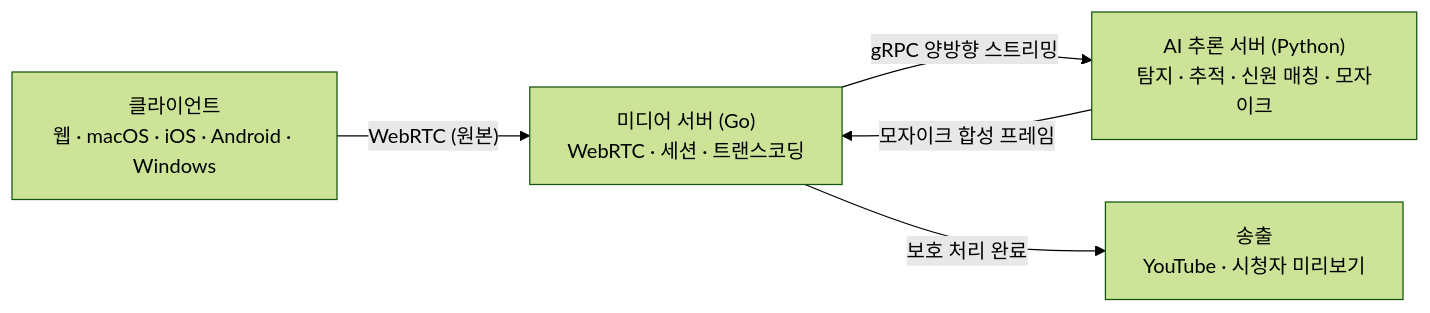
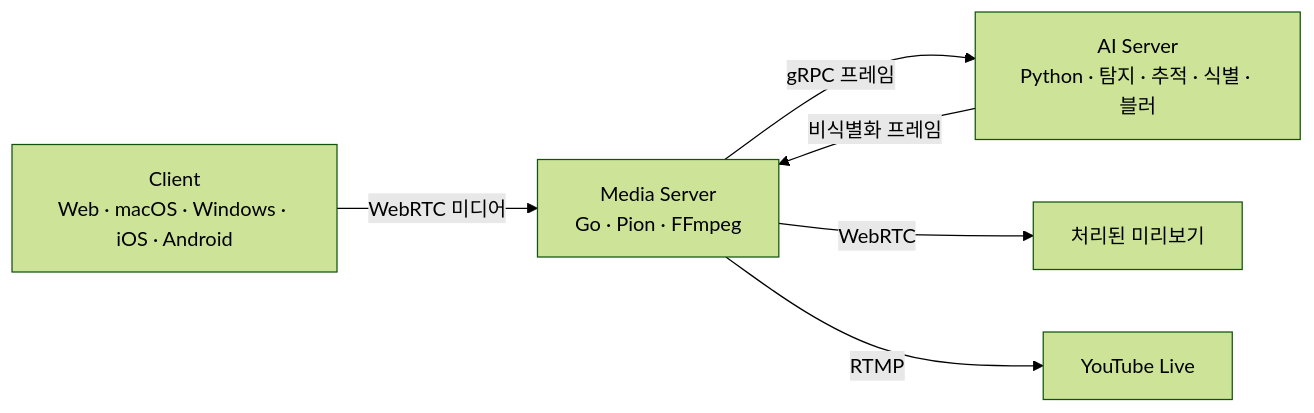
One commit to inno-live/.github changed the diagram in profile/README.md. Above: the diagram before and after it, drawn with Mermaid (forest theme). The commit also changed other lines of this file and 3 other files, not shown here.

````diff
--- a/profile/README.md
+++ b/profile/README.md
@@ -70,12 +36,13 @@
 ```mermaid
 flowchart LR
-    C["클라이언트<br>웹 · macOS · iOS · Android · Windows"]
-    S["미디어 서버 (Go)<br>WebRTC · 세션 · 트랜스코딩"]
-    A["AI 추론 서버 (Python)<br>탐지 · 추적 · 신원 매칭 · 모자이크"]
-    D["송출<br>YouTube · 시청자 미리보기"]
-
-    C -->|"WebRTC (원본)"| S
-    S -->|"gRPC 양방향 스트리밍"| A
-    A -->|"모자이크 합성 프레임"| S
-    S -->|"보호 처리 완료"| D
+    C["Client<br/>Web · macOS · Windows · iOS · Android"]
+    S["Media Server<br/>Go · Pion · FFmpeg"]
+    A["AI Server<br/>Python · 탐지 · 추적 · 식별 · 블러"]
+    P["처리된 미리보기"]
+    Y["YouTube Live"]
+    C -->|WebRTC 미디어| S
+    S -->|gRPC 프레임| A
+    A -->|비식별화 프레임| S
+    S -->|WebRTC| P
+    S -->|RTMP| Y
 ```
````
